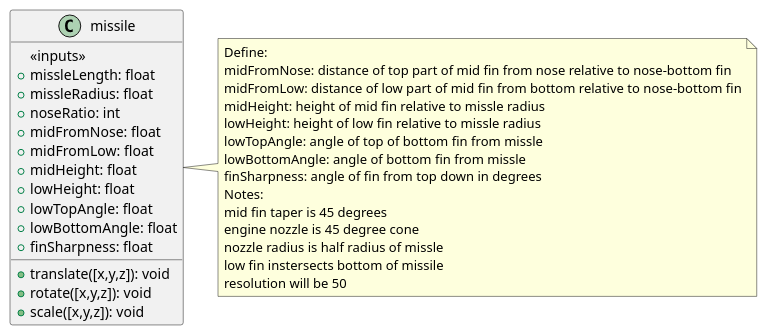
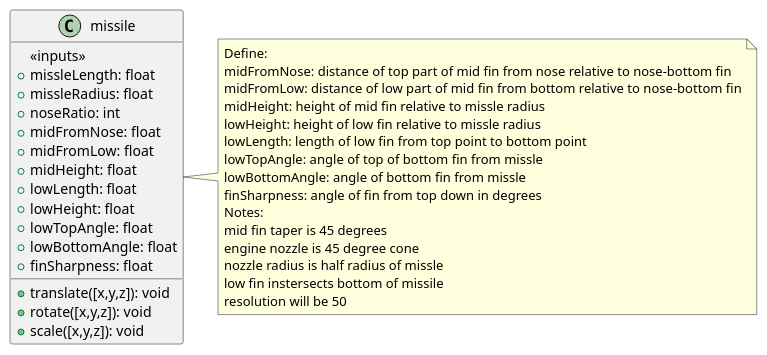
One commit to lj314159/openScad changed the diagram in custom/documentation.md. Above: the diagram before and after it, drawn with PlantUML. The commit also changed 1 other file, not shown here.

````diff
--- a/custom/documentation.md
+++ b/custom/documentation.md
@@ -2,36 +2,38 @@
 ```puml
 @startuml
 class missile {
     <<inputs>>
     +missleLength: float
     +missleRadius: float
     +noseRatio: int
     +midFromNose: float
     +midFromLow: float
     +midHeight: float
+    +lowLength: float
     +lowHeight: float
     +lowTopAngle: float
     +lowBottomAngle: float
     +finSharpness: float
     +translate([x,y,z]): void
     +rotate([x,y,z]): void
     +scale([x,y,z]): void
 }
 note right of missile
 Define:
 midFromNose: distance of top part of mid fin from nose relative to nose-bottom fin
 midFromLow: distance of low part of mid fin from bottom relative to nose-bottom fin
 midHeight: height of mid fin relative to missle radius
 lowHeight: height of low fin relative to missle radius
+lowLength: length of low fin from top point to bottom point
 lowTopAngle: angle of top of bottom fin from missle
 lowBottomAngle: angle of bottom fin from missle
 finSharpness: angle of fin from top down in degrees
 Notes:
 mid fin taper is 45 degrees
 engine nozzle is 45 degree cone
 nozzle radius is half radius of missle
 low fin instersects bottom of missile
 resolution will be 50
 end note
 @enduml
 ```
````
